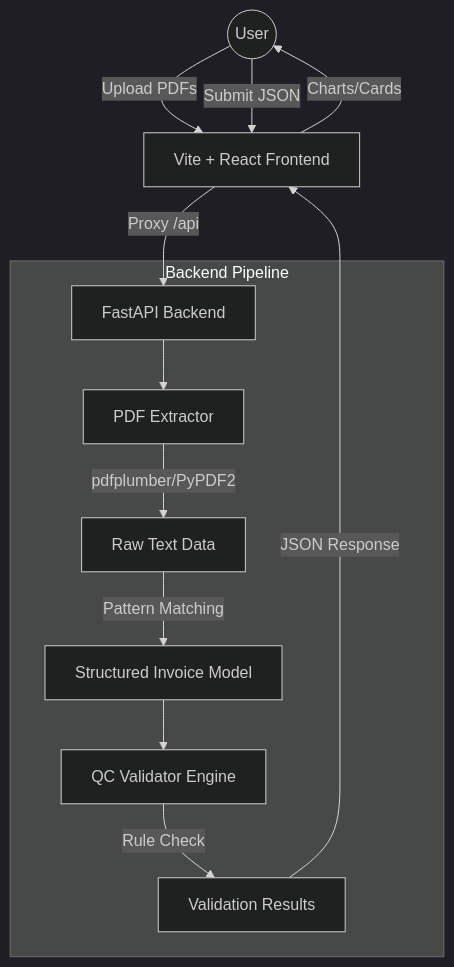
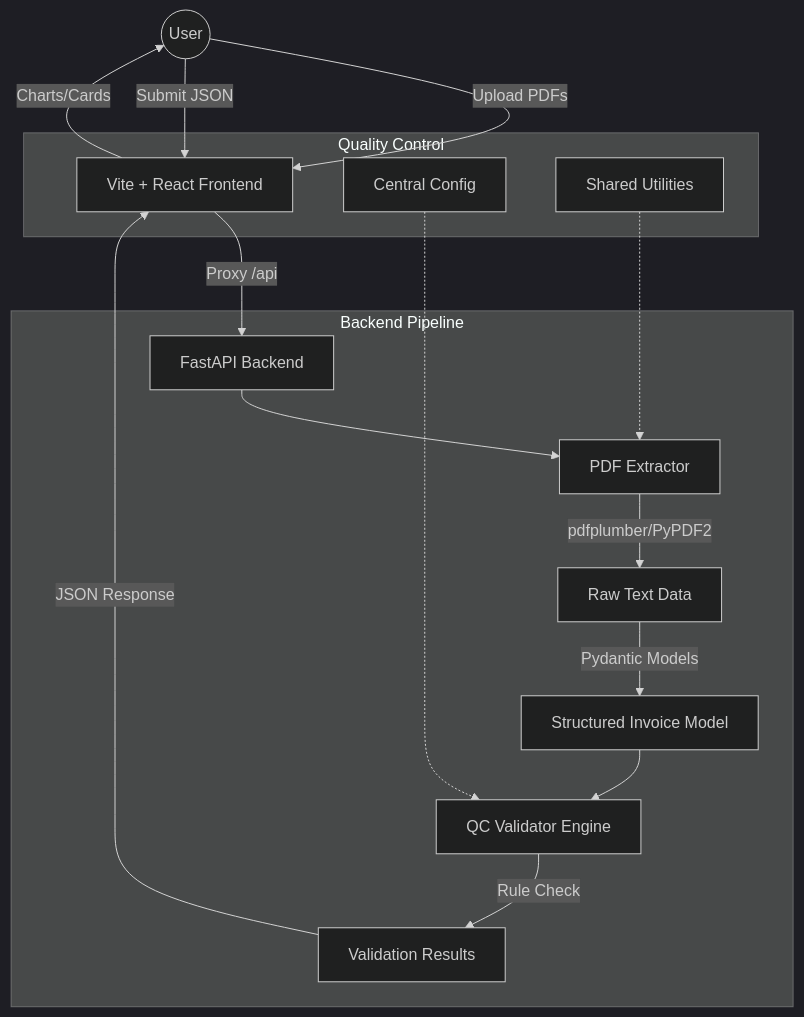
One commit to sharma614/invoice-qc-service-pulkit-sharma changed the diagram in README.md. Above: the diagram before and after it, drawn with Mermaid (dark theme). The commit also changed other lines of this file and 14 other files, not shown here.

Commit message:
Refactor: 7-track code quality cleanup (DRY, Strong Types, Pydantic, Config, Error Handling)

````diff
--- a/README.md
+++ b/README.md
@@ -34,17 +35,22 @@
 ```mermaid
 graph TD
     User((User)) -->|Upload PDFs| Vite[Vite + React Frontend]
     User -->|Submit JSON| Vite
     Vite -->|Proxy /api| FastAPI[FastAPI Backend]
     
     subgraph Backend Pipeline
         FastAPI --> Extractor[PDF Extractor]
         Extractor -->|pdfplumber/PyPDF2| RawText[Raw Text Data]
-        RawText -->|Pattern Matching| InvoiceModel[Structured Invoice Model]
+        RawText -->|Pydantic Models| InvoiceModel[Structured Invoice Model]
         InvoiceModel --> Validator[QC Validator Engine]
         Validator -->|Rule Check| Results[Validation Results]
     end
     
-    Results -->|JSON Response| Vite
+    subgraph Quality Control
+        Results -->|JSON Response| Vite
+        Config[Central Config] -.-> Validator
+        Parsing[Shared Utilities] -.-> Extractor
+    end
+    
     Vite -->|Charts/Cards| User
 ```
````
